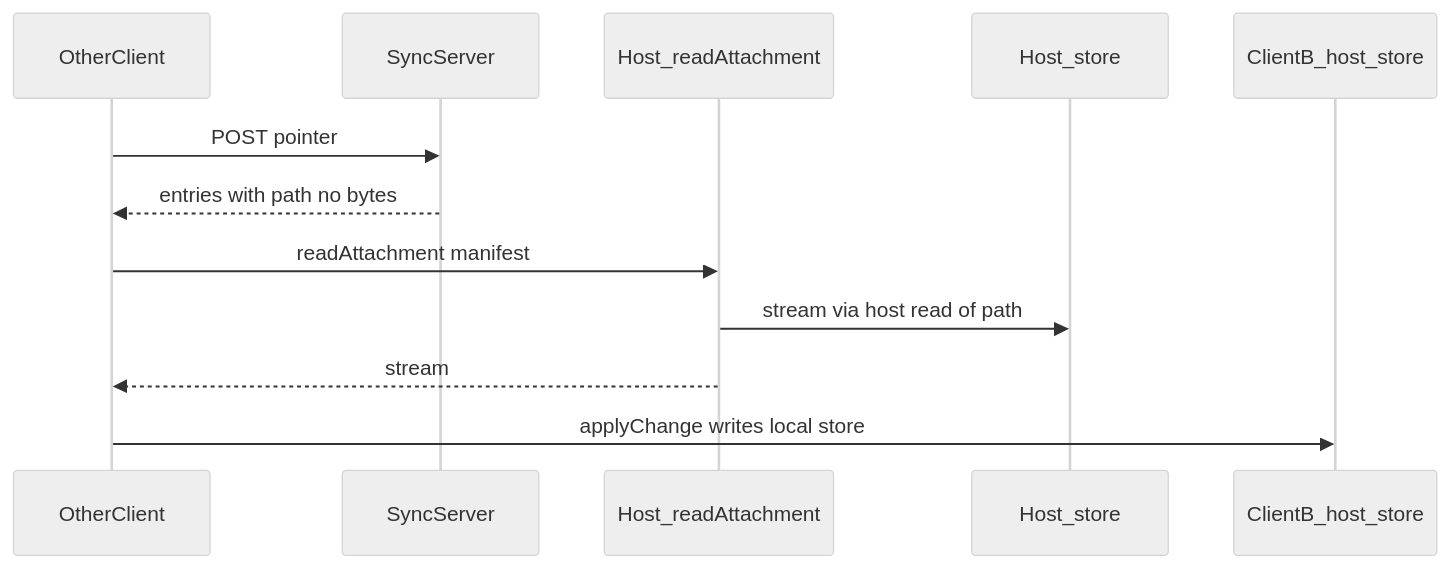
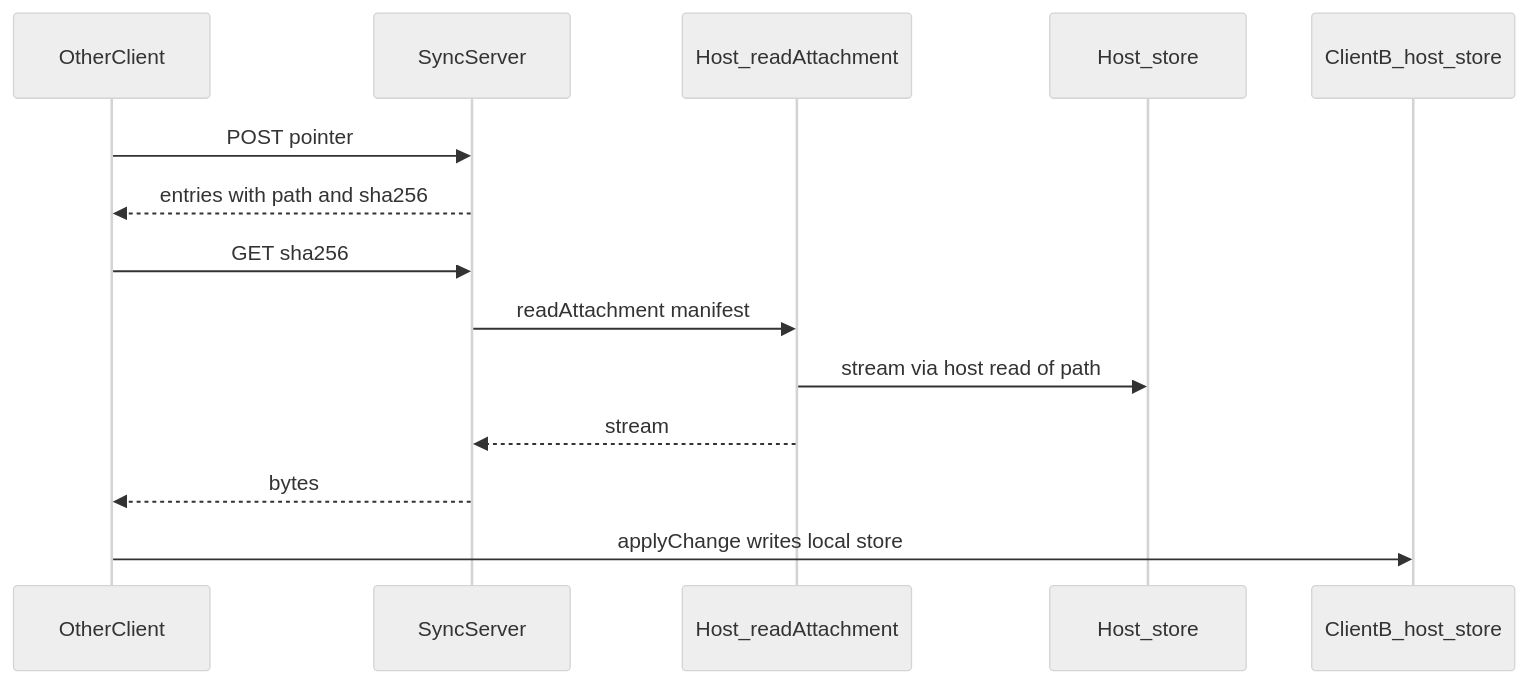
The second of 2 diagrams in docs/A1-2-attachment-internal-uri.md (juntjtang18/syncbridge), drawn with Mermaid (neutral theme) before and after one commit. The commit also changed other lines of this file and 11 other files, not shown here.

````diff
--- a/docs/A1-2-attachment-internal-uri.md
+++ b/docs/A1-2-attachment-internal-uri.md
@@ -91,15 +91,17 @@
 ```mermaid
 sequenceDiagram
   participant ClientB as OtherClient
   participant Server as SyncServer
   participant Host as Host_readAttachment
   participant Store as Host_store
   participant AppB as ClientB_host_store
 
   ClientB->>Server: POST pointer
-  Server-->>ClientB: entries with path no bytes
-  ClientB->>Host: readAttachment manifest
+  Server-->>ClientB: entries with path and sha256
+  ClientB->>Server: GET sha256
+  Server->>Host: readAttachment manifest
   Host->>Store: stream via host read of path
-  Host-->>ClientB: stream
+  Host-->>Server: stream
+  Server-->>ClientB: bytes
   ClientB->>AppB: applyChange writes local store
 ```
````
